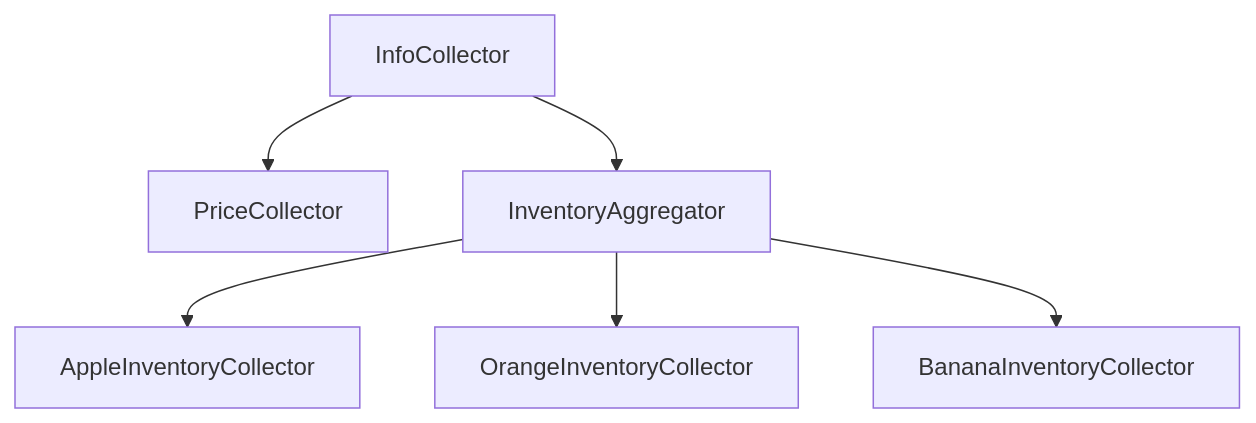
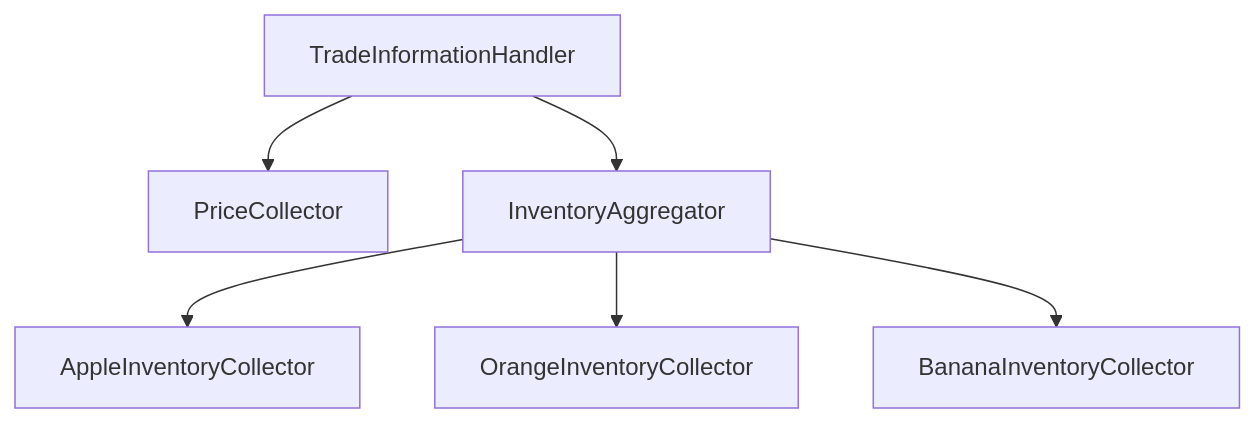
Before and after one commit to tkhrk1010/fruits-trading-demo: the third of 3 diagrams in README.md, drawn with Mermaid. The commit also changed other lines of this file and 2 other files, not shown here.

Commit message:
mod: create handler and main call just handler

````diff
--- a/README.md
+++ b/README.md
@@ -56,8 +56,8 @@
 ```mermaid
 graph TD
-  InfoCollector --> PriceCollector
-  InfoCollector --> InventoryAggregator
+  TradeInformationHandler --> PriceCollector
+  TradeInformationHandler --> InventoryAggregator
   InventoryAggregator --> AppleInventoryCollector
   InventoryAggregator --> OrangeInventoryCollector
   InventoryAggregator --> BananaInventoryCollector
 ```
````
